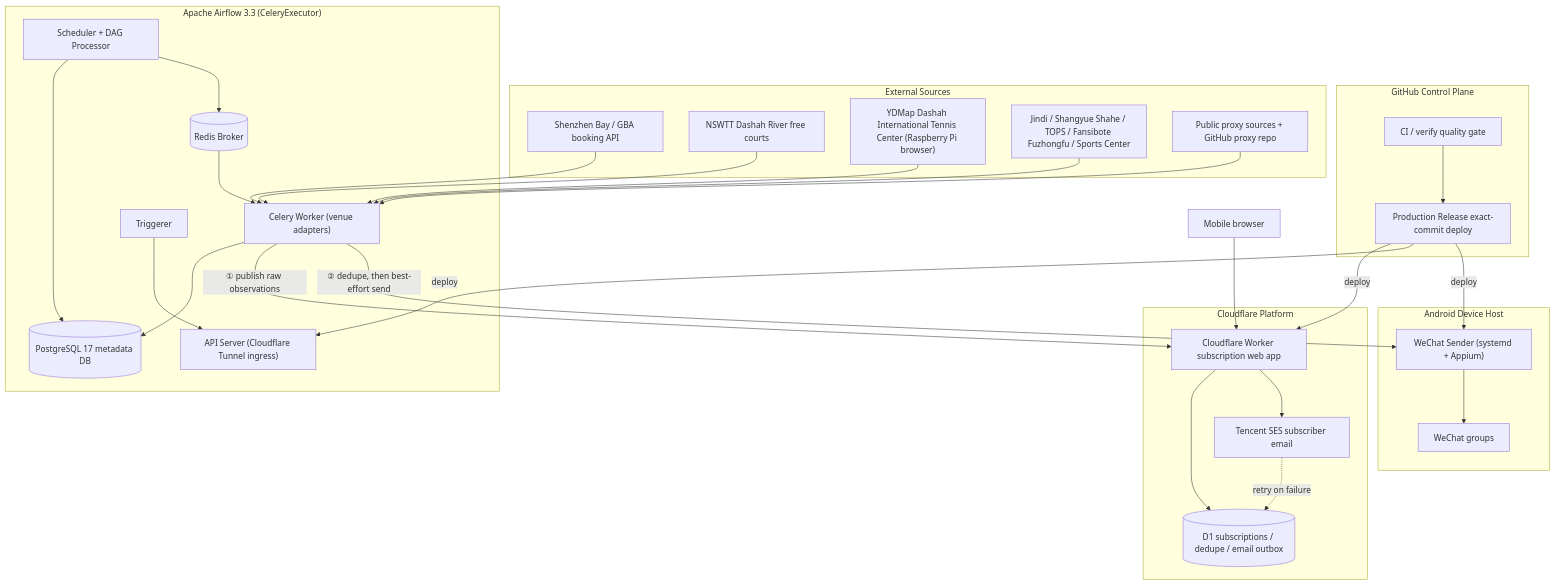
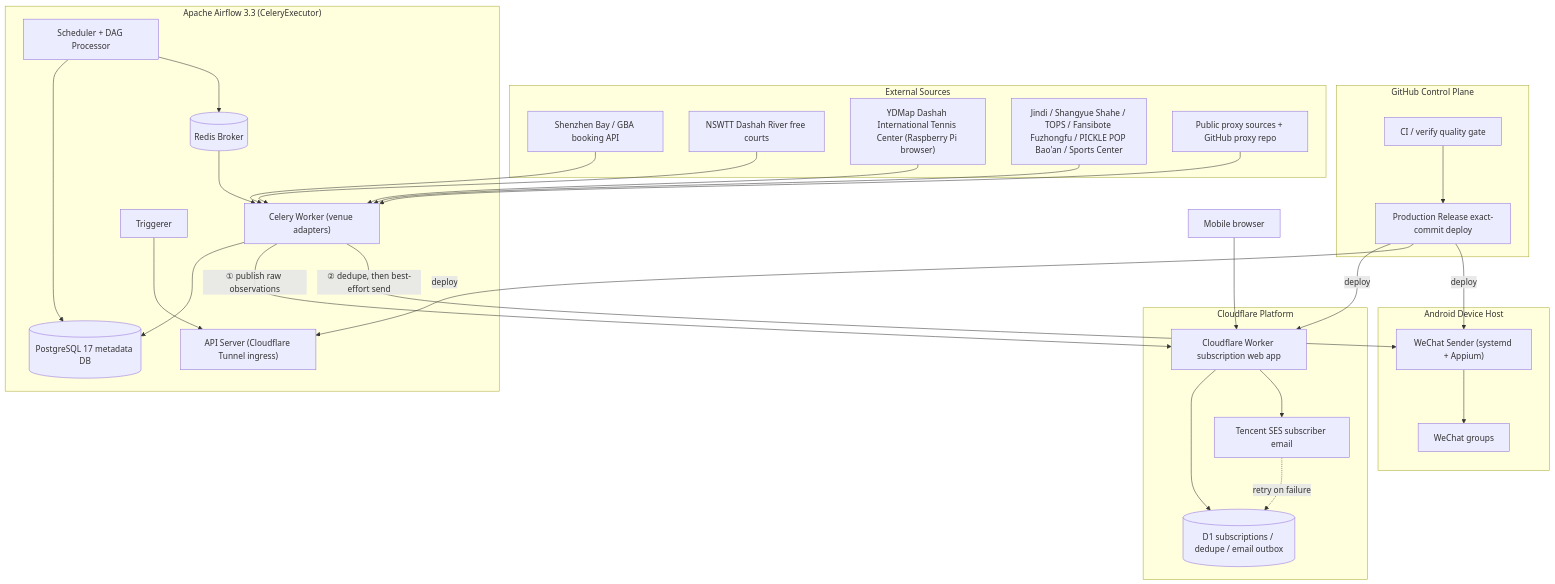
The diagram in README.en.md (claude89757/wechat-on-airflow), drawn with Mermaid before and after one commit. The commit also changed other lines of this file and 22 other files, not shown here.

````diff
--- a/README.en.md
+++ b/README.en.md
@@ -24,60 +24,60 @@
 ```mermaid
 flowchart TB
     subgraph control["GitHub Control Plane"]
         CI["CI / verify quality gate"]
         Release["Production Release exact-commit deploy"]
         CI --> Release
     end
 
     subgraph sources["External Sources"]
         SZ["Shenzhen Bay / GBA booking API"]
         NSWTT["NSWTT Dashah River free courts"]
         YDMAP["YDMap Dashah International Tennis Center (Raspberry Pi browser)"]
-        VENUES["Jindi / Shangyue Shahe / TOPS / Fansibote Fuzhongfu / Sports Center"]
+        VENUES["Jindi / Shangyue Shahe / TOPS / Fansibote Fuzhongfu / PICKLE POP Bao'an / Sports Center"]
         PROXY["Public proxy sources + GitHub proxy repo"]
     end
 
     subgraph airflow["Apache Airflow 3.3 (CeleryExecutor)"]
         Scheduler["Scheduler + DAG Processor"]
         Worker["Celery Worker (venue adapters)"]
         Triggerer["Triggerer"]
         DB[("PostgreSQL 17 metadata DB")]
         Redis[("Redis Broker")]
         ApiSrv["API Server (Cloudflare Tunnel ingress)"]
         Scheduler --> DB
         Scheduler --> Redis
         Redis --> Worker
         Worker --> DB
         Triggerer --> ApiSrv
     end
 
     subgraph cf["Cloudflare Platform"]
         WebApp["Cloudflare Worker subscription web app"]
         D1[("D1 subscriptions / dedupe / email outbox")]
         SES["Tencent SES subscriber email"]
         WebApp --> D1
         WebApp --> SES
         SES -. retry on failure .-> D1
     end
 
     subgraph android["Android Device Host"]
         Sender["WeChat Sender (systemd + Appium)"]
         Chat["WeChat groups"]
         Sender --> Chat
     end
 
     Browser["Mobile browser"] --> WebApp
 
     SZ --> Worker
     NSWTT --> Worker
     YDMAP --> Worker
     VENUES --> Worker
     PROXY --> Worker
 
     Worker -->|"① publish raw observations"| WebApp
     Worker -->|"② dedupe, then best-effort send"| Sender
 
     Release -->|"deploy"| WebApp
     Release -->|"deploy"| ApiSrv
     Release -->|"deploy"| Sender
 ```
````
